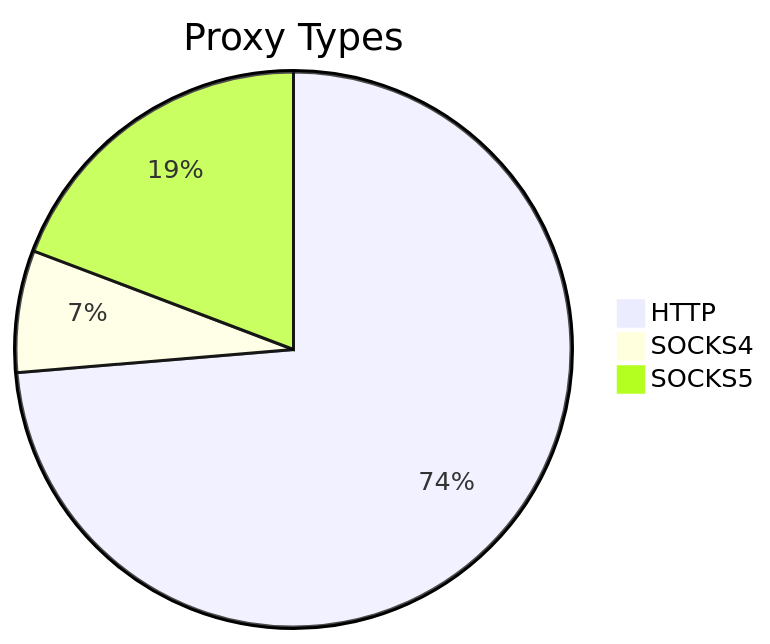
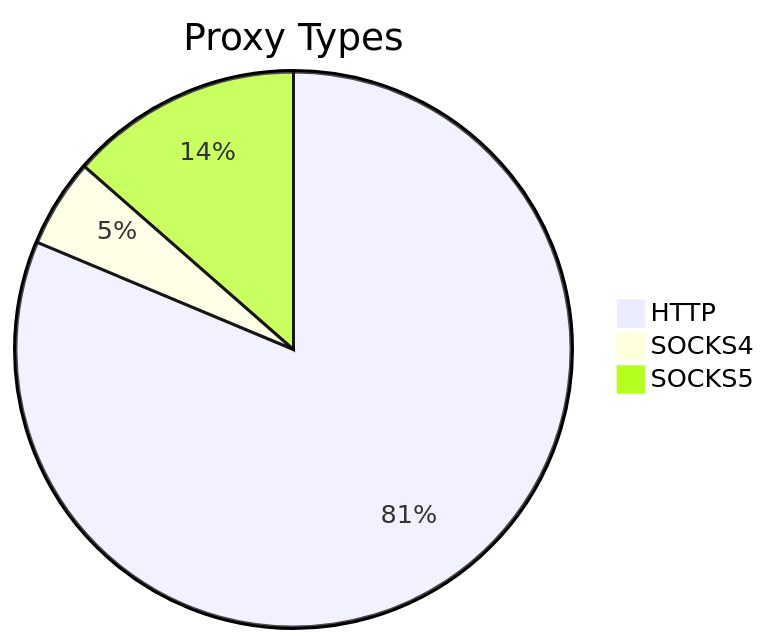
Before and after one commit to stormsia/proxy-list: the first of 2 diagrams in README.md, drawn with Mermaid. The commit also changed other lines of this file, not shown here.

````diff
--- a/README.md
+++ b/README.md
@@ -21,6 +21,6 @@
 ```mermaid
 pie title Proxy Types
-    "HTTP" : 249
-    "SOCKS4" : 24
-    "SOCKS5" : 65
+    "HTTP" : 300
+    "SOCKS4" : 19
+    "SOCKS5" : 50
 ```
````
